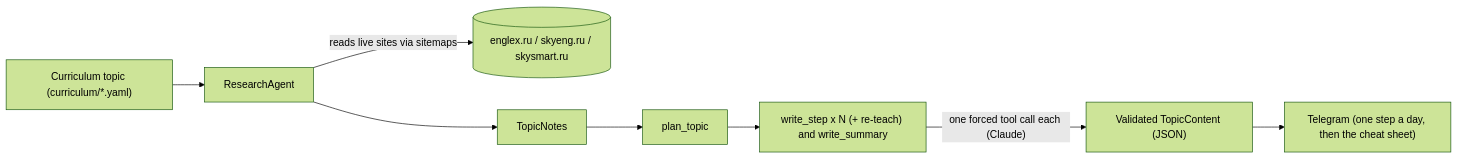
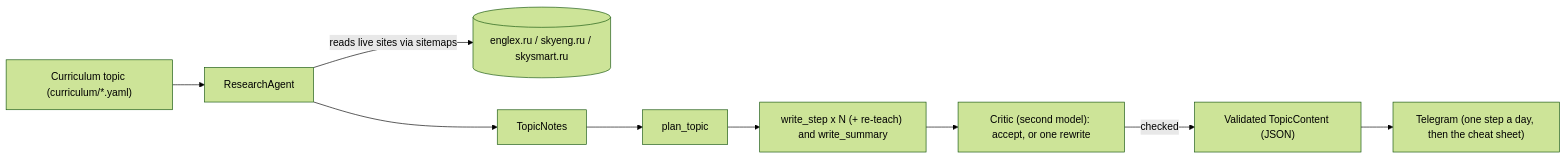
Before and after one commit to Alisonka/english_agent: the first of 2 diagrams in README.md, drawn with Mermaid (forest theme). The commit also changed other lines of this file and 30 other files, not shown here.

````diff
--- a/README.md
+++ b/README.md
@@ -9,10 +9,11 @@
 ```mermaid
 flowchart LR
     topic["Curriculum topic (curriculum/*.yaml)"] --> research[ResearchAgent]
     research -->|"reads live sites via sitemaps"| sources[("englex.ru / skyeng.ru / skysmart.ru")]
     research --> notes[TopicNotes]
     notes --> plan[plan_topic]
     plan --> steps["write_step x N (+ re-teach) and write_summary"]
-    steps -->|"one forced tool call each (Claude)"| content["Validated TopicContent (JSON)"]
+    steps --> critic["Critic (second model): accept, or one rewrite"]
+    critic -->|"checked"| content["Validated TopicContent (JSON)"]
     content --> telegram["Telegram (one step a day, then the cheat sheet)"]
 ```
````
